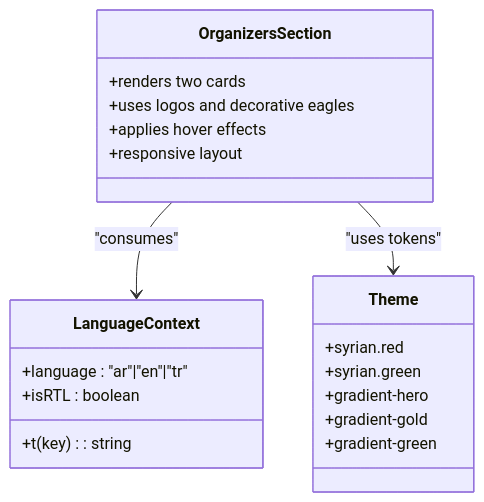
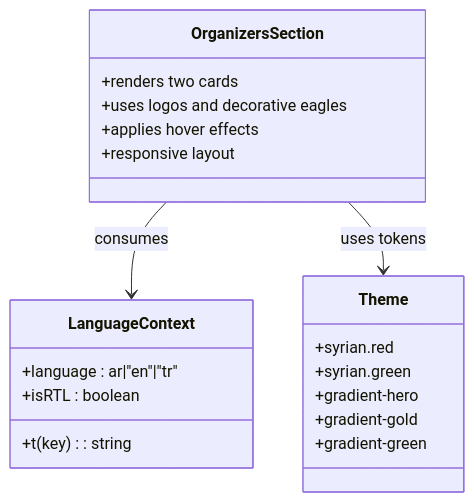
Before and after one commit to mohjak/sc-dof: the fourth of 7 diagrams in .qoder/repowiki/en/content/Component Architecture/Core Section Components/Organizers Section.md, drawn with Mermaid. The commit also changed other lines of this file and 68 other files, not shown here.

First line of the commit message:
docs(docs): update component architecture docs with markdown formatting fixes

````diff
--- a/.qoder/repowiki/en/content/Component Architecture/Core Section Components/Organizers Section.md
+++ b/.qoder/repowiki/en/content/Component Architecture/Core Section Components/Organizers Section.md
@@ -163,23 +161,23 @@
 ```mermaid
 classDiagram
 class OrganizersSection {
 +renders two cards
 +uses logos and decorative eagles
 +applies hover effects
 +responsive layout
 }
 class LanguageContext {
-+language : "ar"|"en"|"tr"
++language : ar|"en"|"tr"
 +t(key) : string
 +isRTL : boolean
 }
 class Theme {
 +syrian.red
 +syrian.green
 +gradient-hero
 +gradient-gold
 +gradient-green
 }
-OrganizersSection --> LanguageContext : "consumes"
-OrganizersSection --> Theme : "uses tokens"
+OrganizersSection --> LanguageContext : consumes
+OrganizersSection --> Theme : uses tokens
 ```
````
